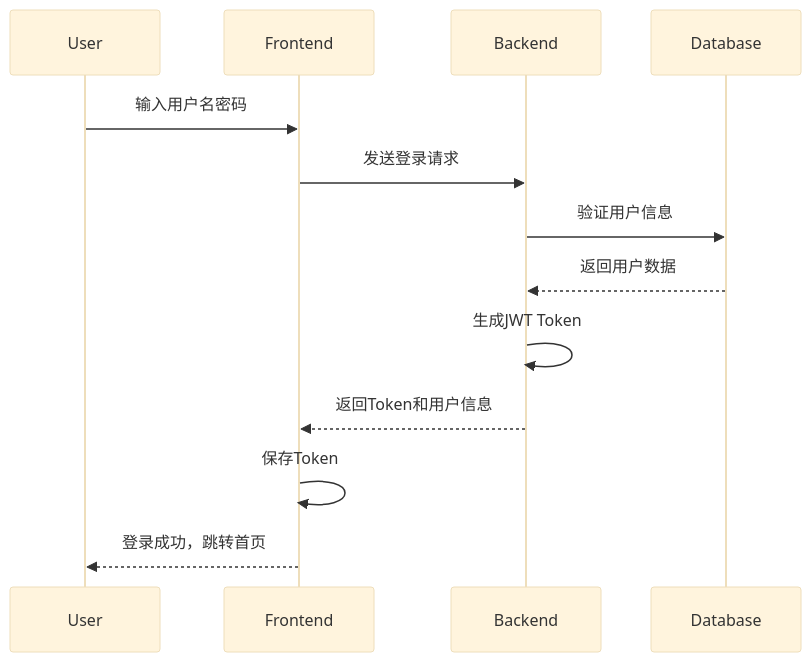
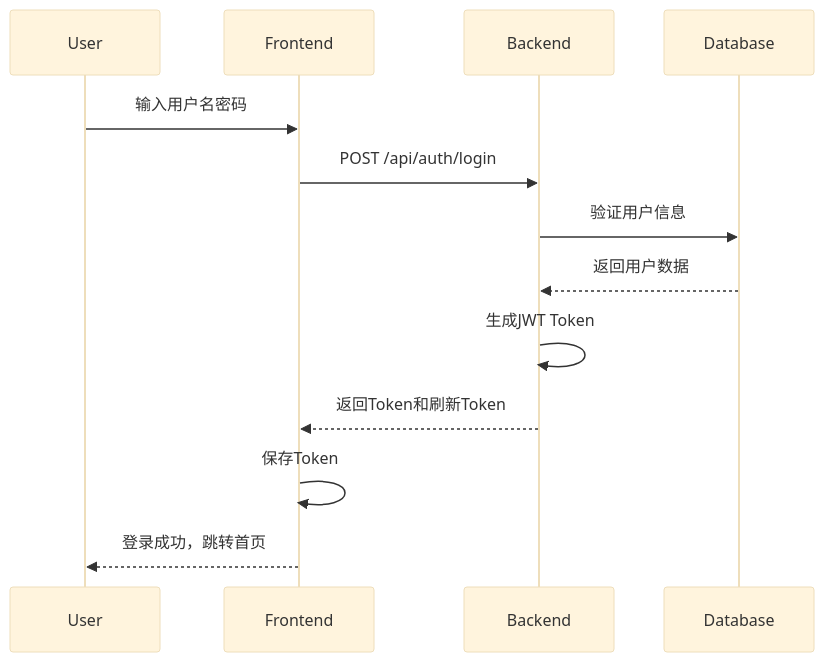
One commit to yorkdick/gira changed the first of 4 diagrams in doc/design/basic-design/functional.md. Above: the diagram before and after it, drawn with Mermaid (base theme). The commit also changed other lines of this file and 5 other files, not shown here.

````diff
--- a/doc/design/basic-design/functional.md
+++ b/doc/design/basic-design/functional.md
@@ -34,16 +37,16 @@
 ```mermaid
 sequenceDiagram
     participant User
     participant Frontend
     participant Backend
     participant Database
     
     User->>Frontend: 输入用户名密码
-    Frontend->>Backend: 发送登录请求
+    Frontend->>Backend: POST /api/auth/login
     Backend->>Database: 验证用户信息
     Database-->>Backend: 返回用户数据
     Backend->>Backend: 生成JWT Token
-    Backend-->>Frontend: 返回Token和用户信息
+    Backend-->>Frontend: 返回Token和刷新Token
     Frontend->>Frontend: 保存Token
     Frontend-->>User: 登录成功，跳转首页
 ```
````
